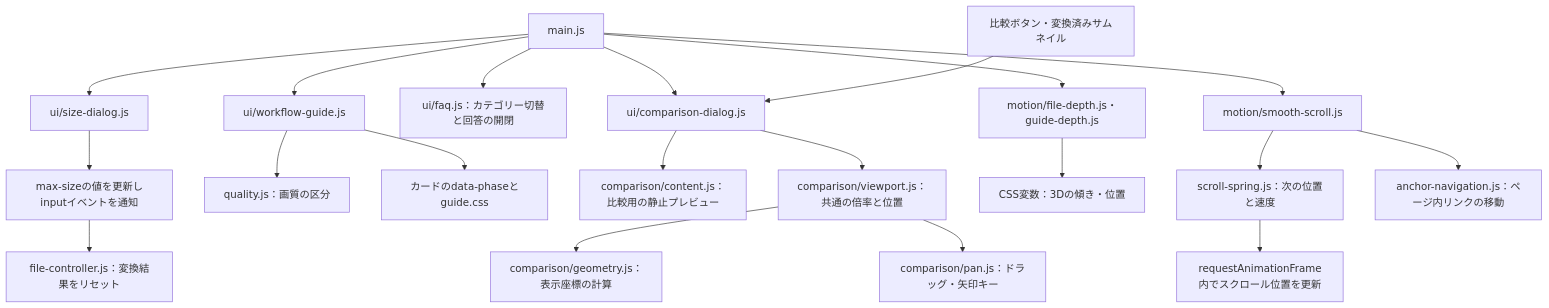
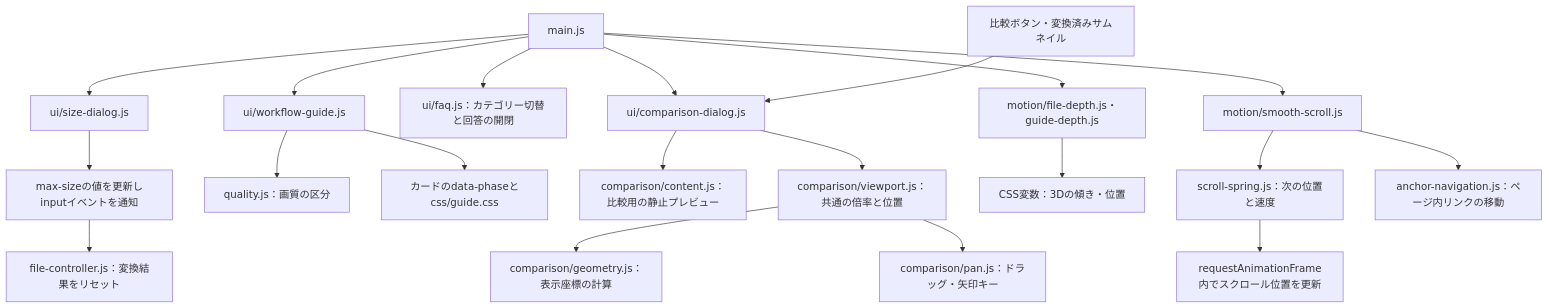
The second of 2 diagrams in README.md (Syo-M/WebPImageConverter), drawn with Mermaid before and after one commit. The commit also changed other lines of this file and 10 other files, not shown here.

````diff
--- a/README.md
+++ b/README.md
@@ -215,22 +222,22 @@
 ```mermaid
 flowchart TD
   Main["main.js"] --> Size["ui/size-dialog.js"]
   Size --> Input["max-sizeの値を更新しinputイベントを通知"]
   Input --> Reset["file-controller.js：変換結果をリセット"]
   Main --> Guide["ui/workflow-guide.js"]
   Guide --> Quality["quality.js：画質の区分"]
-  Guide --> Phase["カードのdata-phaseとguide.css"]
+  Guide --> Phase["カードのdata-phaseとcss/guide.css"]
   Main --> FAQ["ui/faq.js：カテゴリー切替と回答の開閉"]
   Main --> Compare["ui/comparison-dialog.js"]
   Thumbnail["比較ボタン・変換済みサムネイル"] --> Compare
   Compare --> Content["comparison/content.js：比較用の静止プレビュー"]
   Compare --> Viewport["comparison/viewport.js：共通の倍率と位置"]
   Viewport --> Geometry["comparison/geometry.js：表示座標の計算"]
   Viewport --> Pan["comparison/pan.js：ドラッグ・矢印キー"]
   Main --> Depth["motion/file-depth.js・guide-depth.js"]
   Depth --> CSS["CSS変数：3Dの傾き・位置"]
   Main --> Scroll["motion/smooth-scroll.js"]
   Scroll --> Spring["scroll-spring.js：次の位置と速度"]
   Spring --> Frame["requestAnimationFrame内でスクロール位置を更新"]
   Scroll --> Anchor["anchor-navigation.js：ページ内リンクの移動"]
 ```
````
